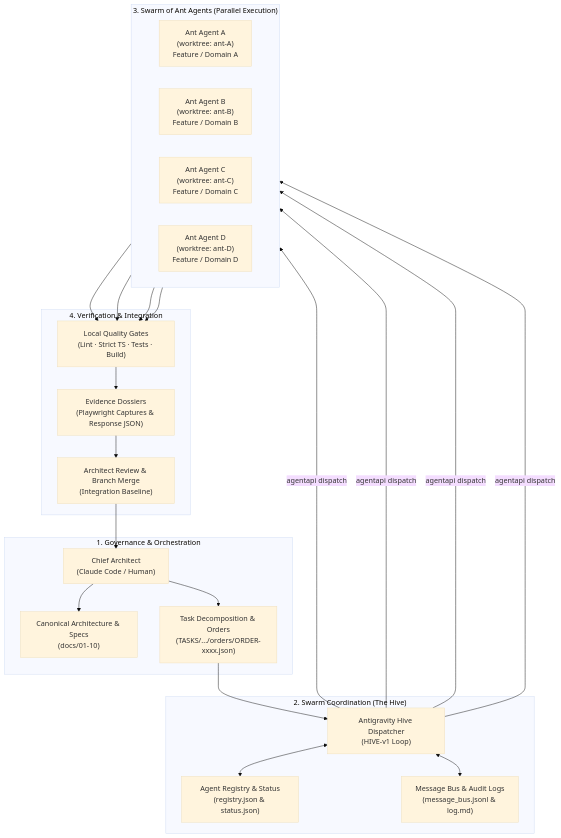
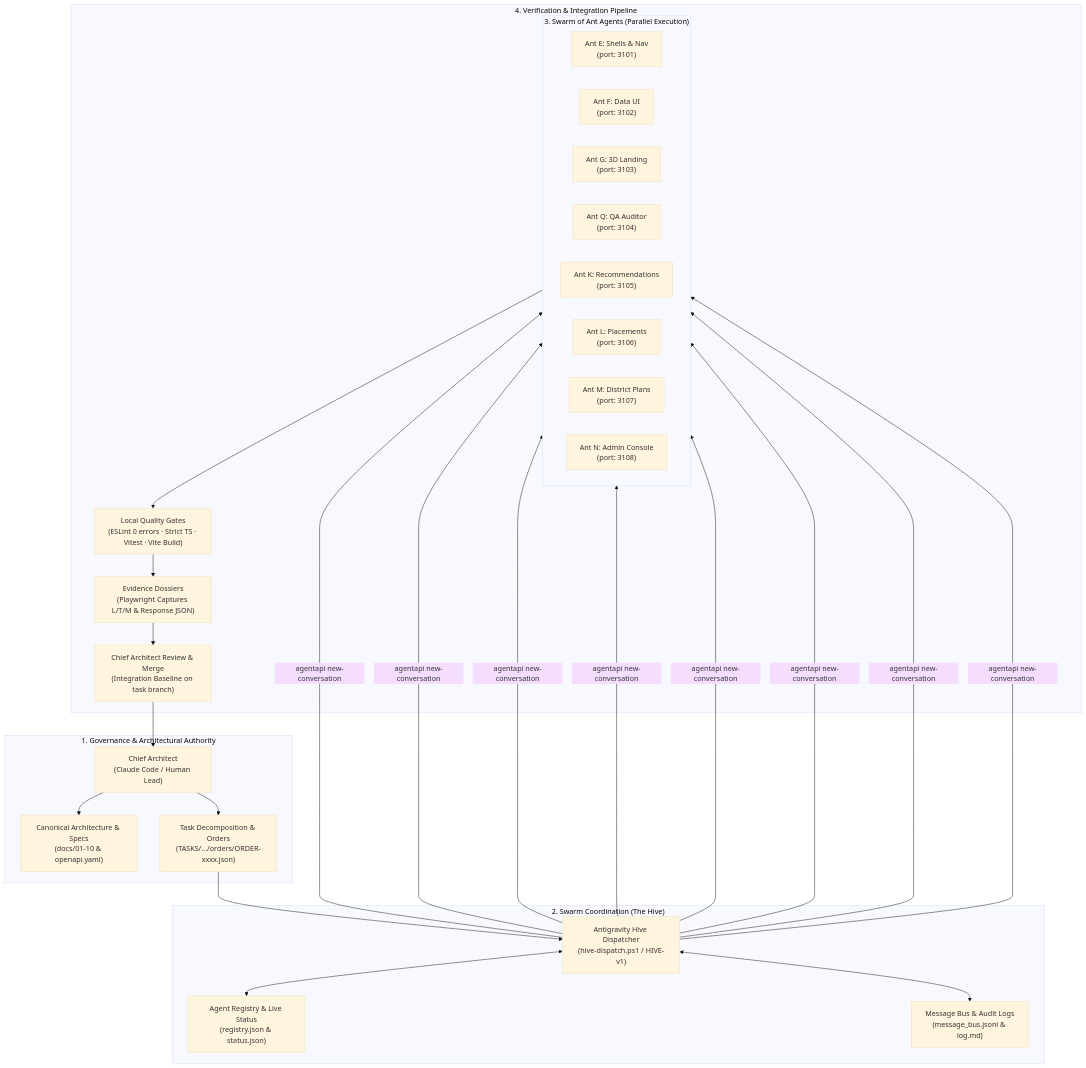
One commit to awanbiswas2027/2026-Maha-Skills changed the diagram in README.md. Above: the diagram before and after it, drawn with Mermaid (base theme). The commit also changed other lines of this file, not shown here.

Commit message:
docs(readme): detail autonomous swarm of ant agents architecture and execution model

````diff
--- a/README.md
+++ b/README.md
@@ -45,44 +47,49 @@
 ```mermaid
 flowchart TD
-    subgraph Architect["1. Governance & Orchestration"]
-        CA["Chief Architect\n(Claude Code / Human)"]
-        DOCS["Canonical Architecture & Specs\n(docs/01-10)"]
+    subgraph Architect["1. Governance & Architectural Authority"]
+        CA["Chief Architect\n(Claude Code / Human Lead)"]
+        DOCS["Canonical Architecture & Specs\n(docs/01-10 & openapi.yaml)"]
         ORDERS["Task Decomposition & Orders\n(TASKS/.../orders/ORDER-xxxx.json)"]
         CA --> DOCS
         CA --> ORDERS
     end
 
     subgraph Hive["2. Swarm Coordination (The Hive)"]
-        DISPATCH["Antigravity Hive Dispatcher\n(HIVE-v1 Loop)"]
-        REG["Agent Registry & Status\n(registry.json & status.json)"]
+        DISPATCH["Antigravity Hive Dispatcher\n(hive-dispatch.ps1 / HIVE-v1)"]
+        REG["Agent Registry & Live Status\n(registry.json & status.json)"]
         MB["Message Bus & Audit Logs\n(message_bus.jsonl & log.md)"]
         ORDERS --> DISPATCH
         DISPATCH <--> REG
         DISPATCH <--> MB
     end
 
     subgraph Swarm["3. Swarm of Ant Agents (Parallel Execution)"]
         direction LR
-        ANT_A["Ant Agent A\n(worktree: ant-A)\nFeature / Domain A"]
-        ANT_B["Ant Agent B\n(worktree: ant-B)\nFeature / Domain B"]
-        ANT_C["Ant Agent C\n(worktree: ant-C)\nFeature / Domain C"]
-        ANT_D["Ant Agent D\n(worktree: ant-D)\nFeature / Domain D"]
-        DISPATCH -->|"agentapi dispatch"| ANT_A
-        DISPATCH -->|"agentapi dispatch"| ANT_B
-        DISPATCH -->|"agentapi dispatch"| ANT_C
-        DISPATCH -->|"agentapi dispatch"| ANT_D
+        ANT_E["Ant E: Shells & Nav\n(port: 3101)"]
+        ANT_F["Ant F: Data UI\n(port: 3102)"]
+        ANT_G["Ant G: 3D Landing\n(port: 3103)"]
+        ANT_Q["Ant Q: QA Auditor\n(port: 3104)"]
+        ANT_K["Ant K: Recommendations\n(port: 3105)"]
+        ANT_L["Ant L: Placements\n(port: 3106)"]
+        ANT_M["Ant M: District Plans\n(port: 3107)"]
+        ANT_N["Ant N: Admin Console\n(port: 3108)"]
+        DISPATCH -->|"agentapi new-conversation"| ANT_E
+        DISPATCH -->|"agentapi new-conversation"| ANT_F
+        DISPATCH -->|"agentapi new-conversation"| ANT_G
+        DISPATCH -->|"agentapi new-conversation"| ANT_Q
+        DISPATCH -->|"agentapi new-conversation"| ANT_K
+        DISPATCH -->|"agentapi new-conversation"| ANT_L
+        DISPATCH -->|"agentapi new-conversation"| ANT_M
+        DISPATCH -->|"agentapi new-conversation"| ANT_N
     end
 
-    subgraph Verification["4. Verification & Integration"]
-        GATES["Local Quality Gates\n(Lint · Strict TS · Tests · Build)"]
-        EVIDENCE["Evidence Dossiers\n(Playwright Captures & Response JSON)"]
-        MERGE["Architect Review & Branch Merge\n(Integration Baseline)"]
-        ANT_A --> GATES
-        ANT_B --> GATES
-        ANT_C --> GATES
-        ANT_D --> GATES
+    subgraph Verification["4. Verification & Integration Pipeline"]
+        GATES["Local Quality Gates\n(ESLint 0 errors · Strict TS · Vitest · Vite Build)"]
+        EVIDENCE["Evidence Dossiers\n(Playwright Captures L/T/M & Response JSON)"]
+        MERGE["Chief Architect Review & Merge\n(Integration Baseline on task branch)"]
+        Swarm --> GATES
         GATES --> EVIDENCE
         EVIDENCE --> MERGE
         MERGE --> CA
     end
 ```
````
